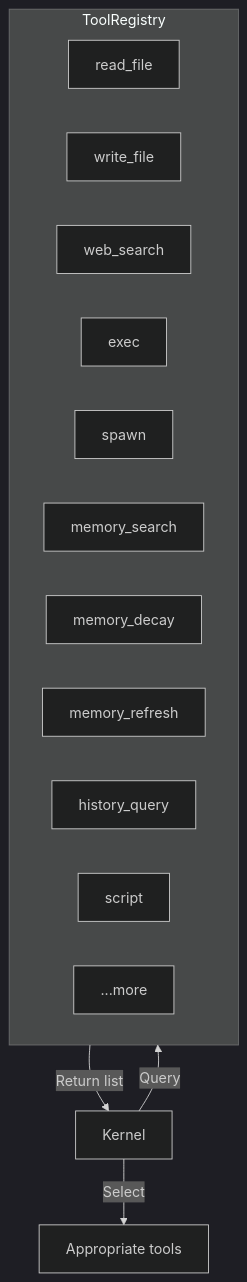
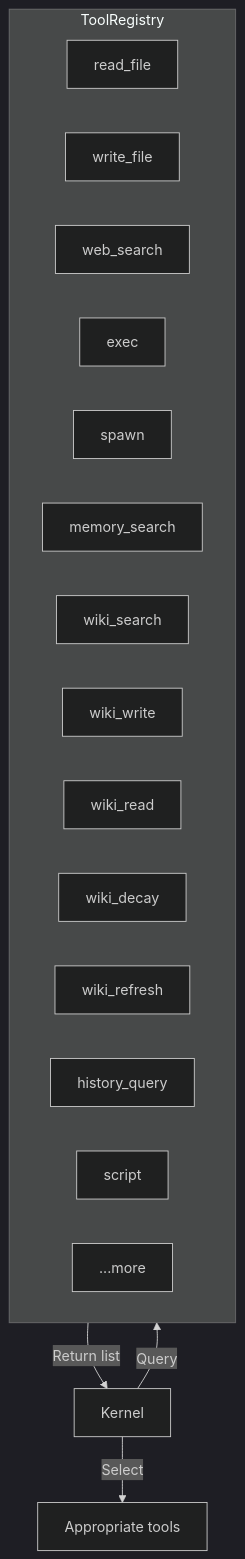
One commit to yeheng/nanobot-rs changed diagram 13 of 14 in docs/tools-en.md. Above: the diagram before and after it, drawn with Mermaid (dark theme). The commit also changed other lines of this file and 57 other files, not shown here.

First line of the commit message:
feat: 用 Wiki 知识系统全面替换旧 Memory 记忆系统

````diff
--- a/docs/tools-en.md
+++ b/docs/tools-en.md
@@ -312,20 +357,23 @@
 ```mermaid
 flowchart TB
     subgraph Registry["ToolRegistry"]
         T1["read_file"]
         T2["write_file"]
         T3["web_search"]
         T4["exec"]
         T5["spawn"]
         T6["memory_search"]
-        T7["memory_decay"]
-        T8["memory_refresh"]
-        T9["history_query"]
-        T10["script"]
+        T7["wiki_search"]
+        T8["wiki_write"]
+        T9["wiki_read"]
+        T10["wiki_decay"]
+        T11["wiki_refresh"]
+        T12["history_query"]
+        T13["script"]
         TN["...more"]
     end
-    
+
     Kernel -->|Query| Registry
     Registry -->|Return list| Kernel
     Kernel -->|Select| Selected["Appropriate tools"]
 ```
````
